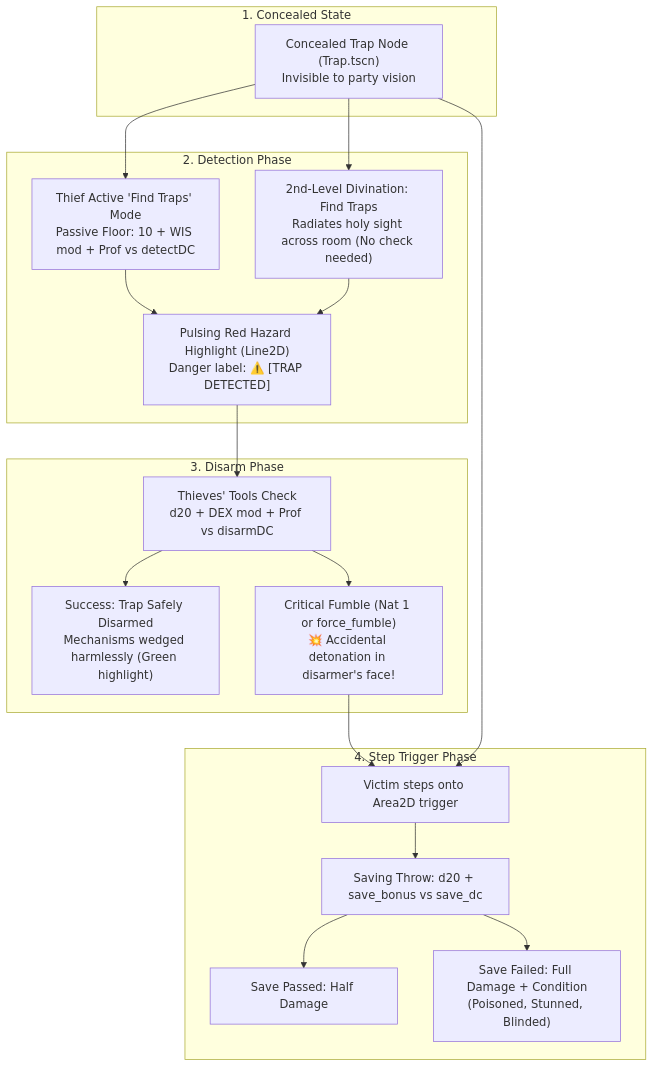
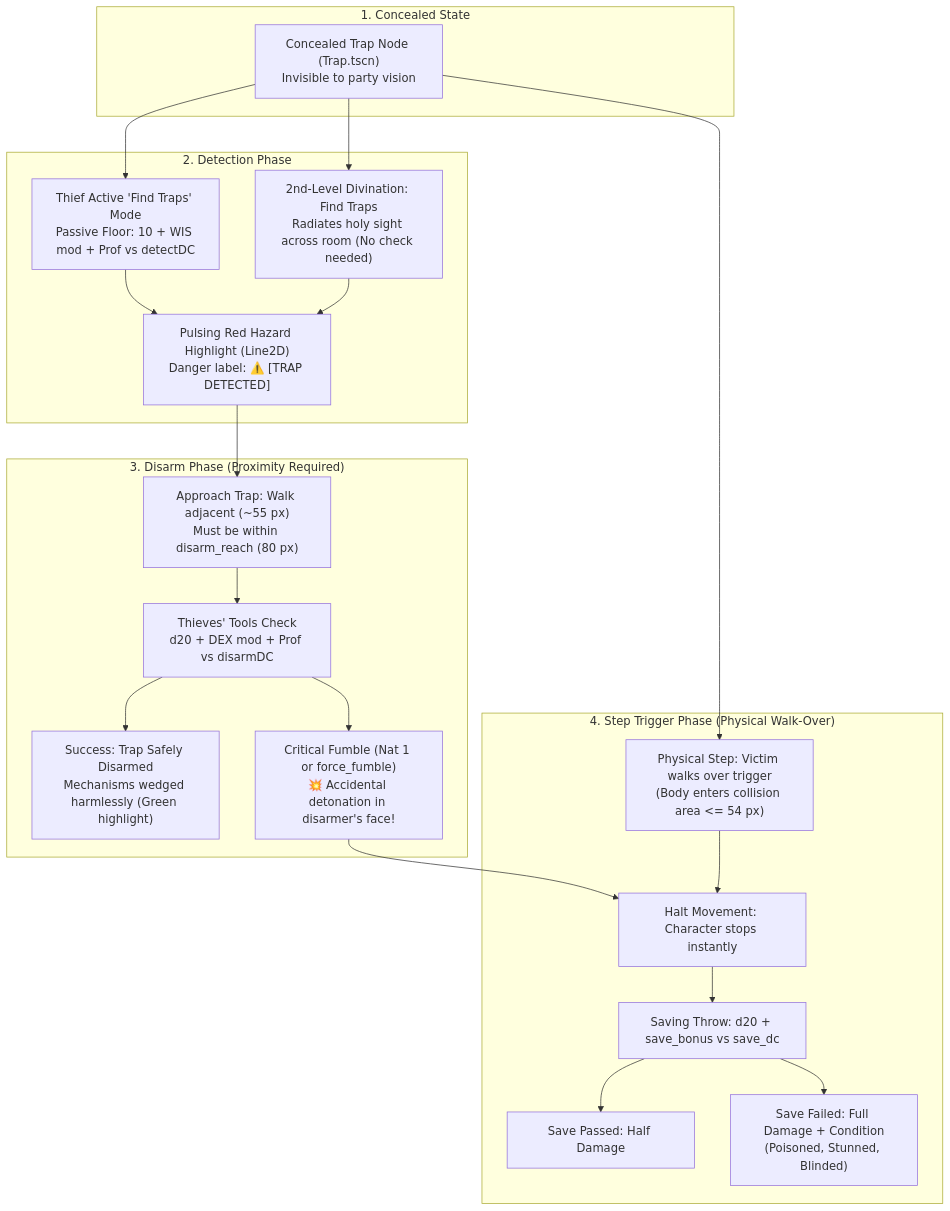
One commit to nddipiazza/robos changed the diagram in docs/projects/crpg-realm/create-your-own-game/05-infinity-engine-traps.md. Above: the diagram before and after it, drawn with Mermaid. The commit also changed other lines of this file and 7 other files, not shown here.

Commit message:
feat(crpg): require walking over traps to trigger and walking adjacent to disarm

````diff
--- a/docs/projects/crpg-realm/create-your-own-game/05-infinity-engine-traps.md
+++ b/docs/projects/crpg-realm/create-your-own-game/05-infinity-engine-traps.md
@@ -37,38 +37,42 @@
 ```mermaid
 flowchart TD
     subgraph Concealment["1. Concealed State"]
         Hidden["Concealed Trap Node (Trap.tscn)<br/>Invisible to party vision"]
     end
 
     subgraph Detection["2. Detection Phase"]
         ThiefMode["Thief Active 'Find Traps' Mode<br/>Passive Floor: 10 + WIS mod + Prof vs detectDC"]
         ClericSpell["2nd-Level Divination: Find Traps<br/>Radiates holy sight across room (No check needed)"]
         PulseOutline["Pulsing Red Hazard Highlight (Line2D)<br/>Danger label: ⚠️ [TRAP DETECTED]"]
     end
 
-    subgraph Disarm["3. Disarm Phase"]
+    subgraph Disarm["3. Disarm Phase (Proximity Required)"]
+        ApproachTrap["Approach Trap: Walk adjacent (~55 px)<br/>Must be within disarm_reach (80 px)"]
         ToolsCheck["Thieves' Tools Check<br/>d20 + DEX mod + Prof vs disarmDC"]
         SuccessDisarm["Success: Trap Safely Disarmed<br/>Mechanisms wedged harmlessly (Green highlight)"]
         FumbleDetonation["Critical Fumble (Nat 1 or force_fumble)<br/>💥 Accidental detonation in disarmer's face!"]
     end
 
-    subgraph Trigger["4. Step Trigger Phase"]
-        StepTrigger["Victim steps onto Area2D trigger"]
+    subgraph Trigger["4. Step Trigger Phase (Physical Walk-Over)"]
+        WalkOver["Physical Step: Victim walks over trigger<br/>(Body enters collision area <= 54 px)"]
+        HaltMotion["Halt Movement: Character stops instantly"]
         SavingThrow["Saving Throw: d20 + save_bonus vs save_dc"]
         HalfDmg["Save Passed: Half Damage"]
         FullDmg["Save Failed: Full Damage + Condition<br/>(Poisoned, Stunned, Blinded)"]
     end
 
     Hidden --> ThiefMode
     Hidden --> ClericSpell
     ThiefMode --> PulseOutline
     ClericSpell --> PulseOutline
-    PulseOutline --> ToolsCheck
+    PulseOutline --> ApproachTrap
+    ApproachTrap --> ToolsCheck
     ToolsCheck --> SuccessDisarm
     ToolsCheck --> FumbleDetonation
-    FumbleDetonation --> StepTrigger
-    Hidden --> StepTrigger
-    StepTrigger --> SavingThrow
+    FumbleDetonation --> HaltMotion
+    Hidden --> WalkOver
+    WalkOver --> HaltMotion
+    HaltMotion --> SavingThrow
     SavingThrow --> HalfDmg
     SavingThrow --> FullDmg
 ```
````
